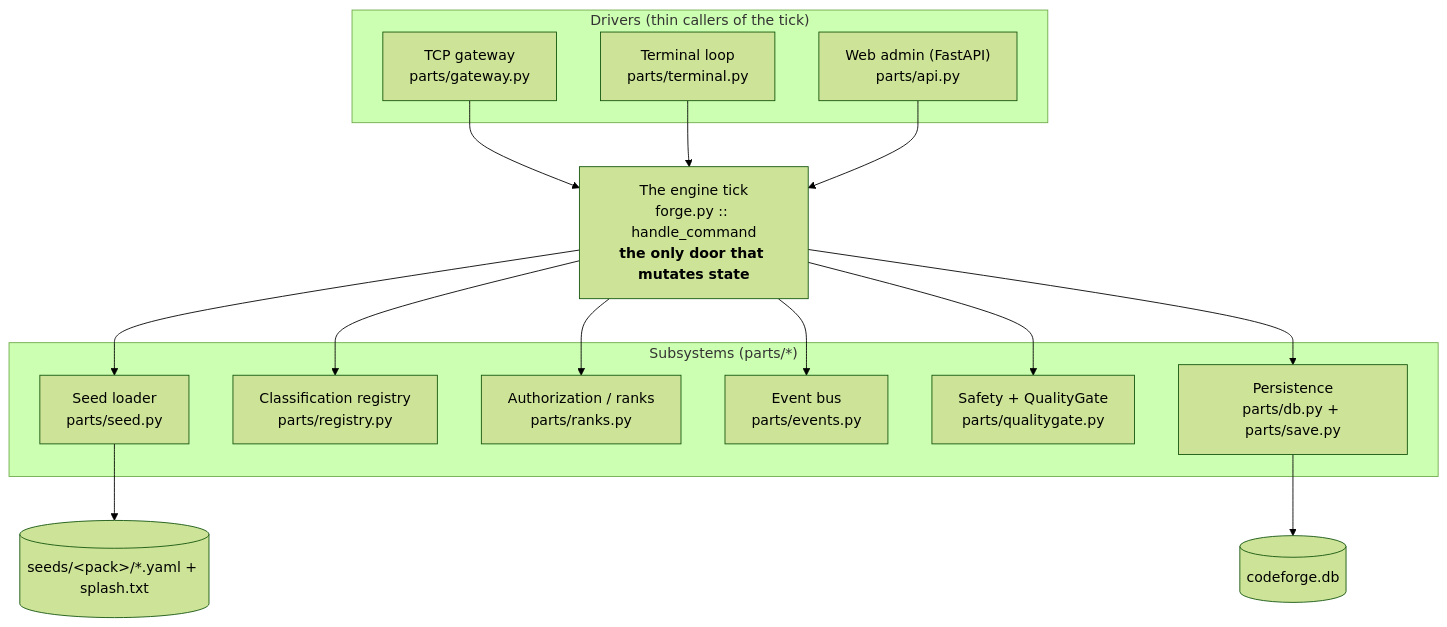
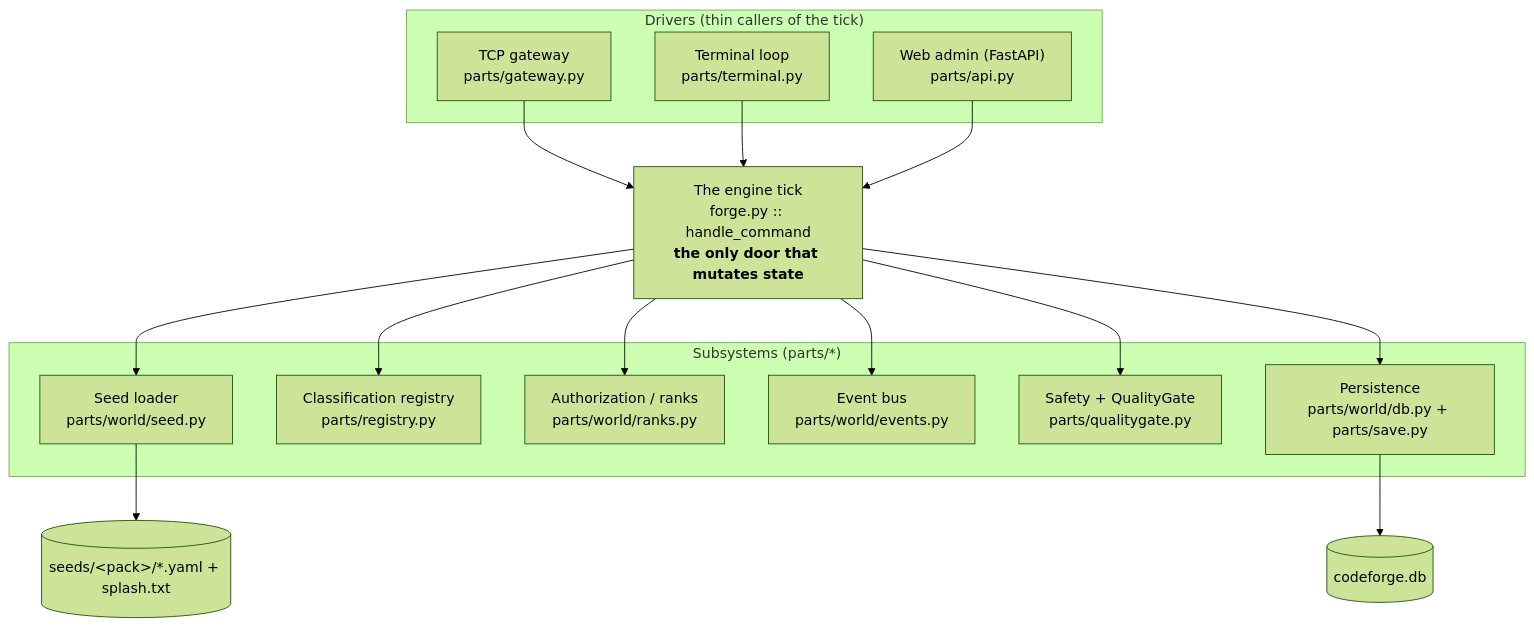
Before and after one commit to MatrymLabs/codeforge: the second of 2 diagrams in docs/architecture_c4.md, drawn with Mermaid (forest theme). The commit also changed other lines of this file and 207 other files, not shown here.

````diff
--- a/docs/architecture_c4.md
+++ b/docs/architecture_c4.md
@@ -39,34 +39,34 @@
 ```mermaid
 flowchart TB
     subgraph drivers["Drivers (thin callers of the tick)"]
         tcp["TCP gateway<br/>parts/gateway.py"]
         term["Terminal loop<br/>parts/terminal.py"]
         web["Web admin (FastAPI)<br/>parts/api.py"]
     end
 
     tick["The engine tick<br/>forge.py :: handle_command<br/><b>the only door that mutates state</b>"]
 
     subgraph subsystems["Subsystems (parts/*)"]
-        seedloader["Seed loader<br/>parts/seed.py"]
+        seedloader["Seed loader<br/>parts/world/seed.py"]
         registry["Classification registry<br/>parts/registry.py"]
-        ranks["Authorization / ranks<br/>parts/ranks.py"]
-        events["Event bus<br/>parts/events.py"]
+        ranks["Authorization / ranks<br/>parts/world/ranks.py"]
+        events["Event bus<br/>parts/world/events.py"]
         quality["Safety + QualityGate<br/>parts/qualitygate.py"]
-        persistence["Persistence<br/>parts/db.py + parts/save.py"]
+        persistence["Persistence<br/>parts/world/db.py + parts/save.py"]
     end
 
     seedsdata[("seeds/&lt;pack&gt;/*.yaml + splash.txt")]
     dbfile[("codeforge.db")]
 
     tcp --> tick
     term --> tick
     web --> tick
     tick --> ranks
     tick --> registry
     tick --> events
     tick --> quality
     tick --> seedloader
     seedloader --> seedsdata
     tick --> persistence
     persistence --> dbfile
 ```
````
